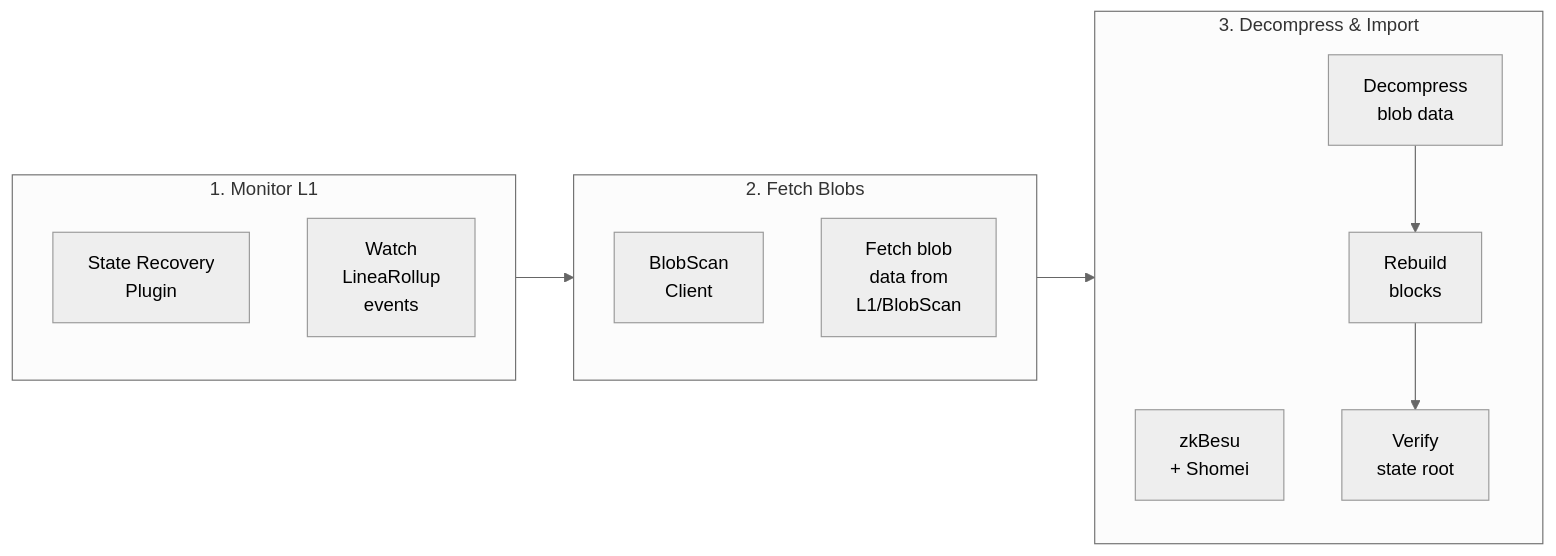
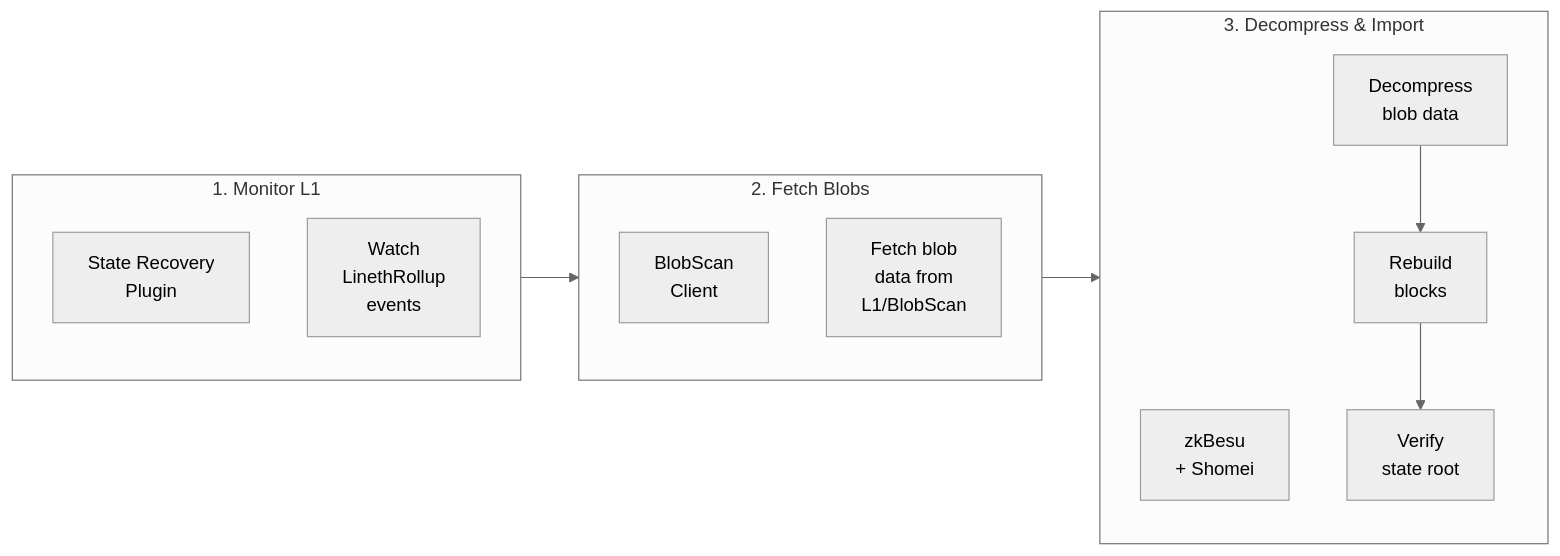
Before and after one commit to LFDT-Lineth/lineth-monorepo: the diagram in docs/tech/diagrams/state-recovery-flow.mmd, drawn with Mermaid (neutral theme). The commit also changed 248 other files, not shown here.

First line of the commit message:
chore(contracts): rename LineaRollup to LinethRollup

```diff
--- a/docs/tech/diagrams/state-recovery-flow.mmd
+++ b/docs/tech/diagrams/state-recovery-flow.mmd
@@ -1,22 +1,22 @@
 %% State Recovery Flow
 flowchart LR
     subgraph Monitor["1. Monitor L1"]
         StateRecovery["State Recovery<br/>Plugin"]
-        WatchRollup["Watch<br/>LineaRollup<br/>events"]
+        WatchRollup["Watch<br/>LinethRollup<br/>events"]
     end
 
     subgraph Fetch["2. Fetch Blobs"]
         BlobScan["BlobScan<br/>Client"]
         FetchBlob["Fetch blob<br/>data from<br/>L1/BlobScan"]
     end
 
     subgraph Import["3. Decompress & Import"]
         zkBesu["zkBesu<br/>+ Shomei"]
         Decompress["Decompress<br/>blob data"]
         Rebuild["Rebuild<br/>blocks"]
         Verify["Verify<br/>state root"]
         
         Decompress --> Rebuild --> Verify
     end
 
     Monitor --> Fetch --> Import
```
